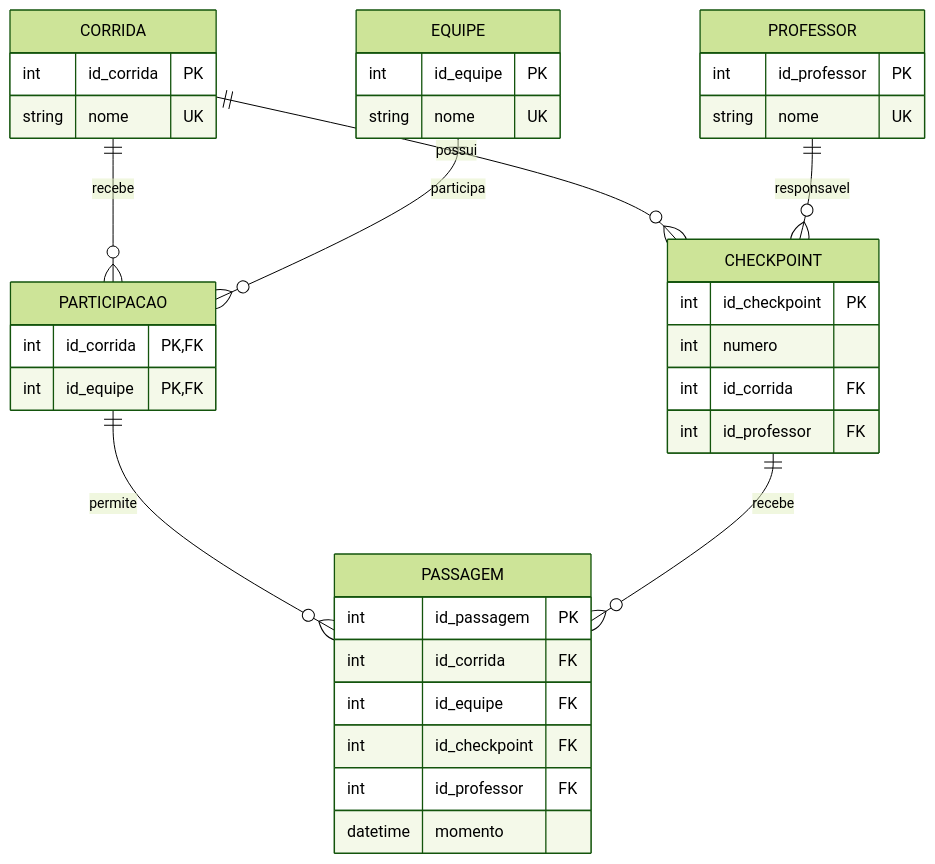
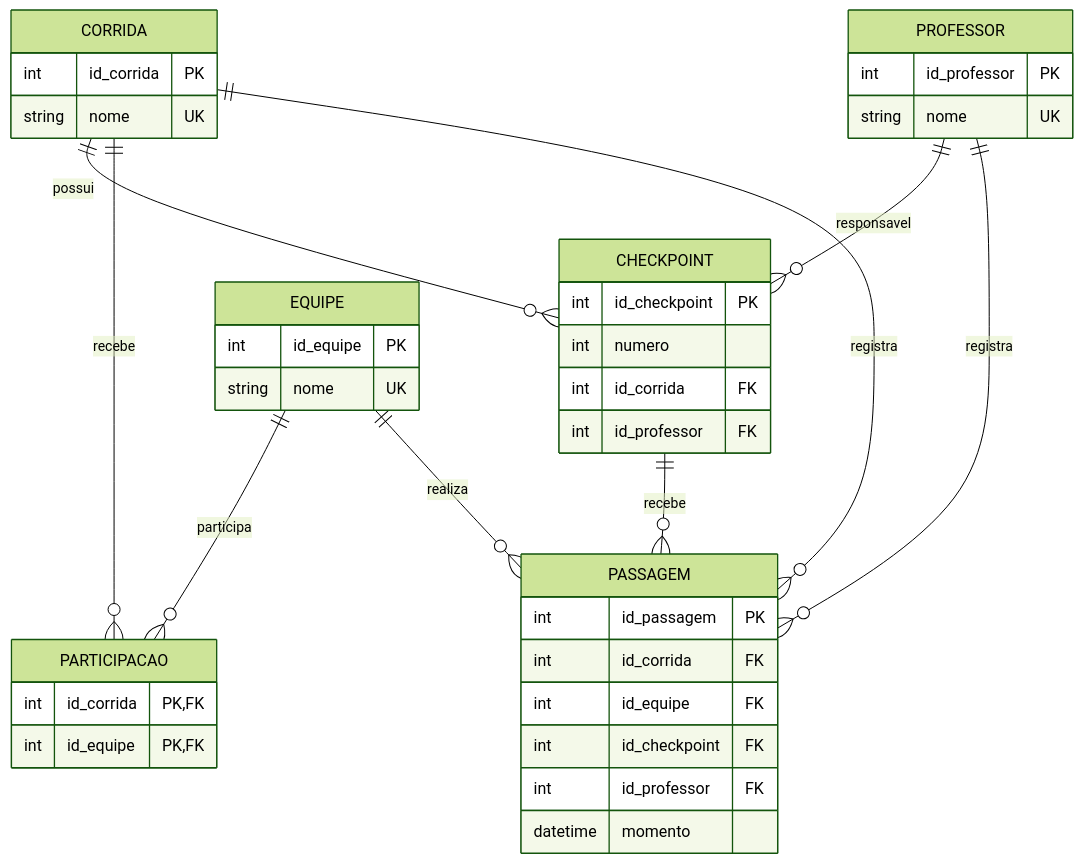
Before and after one commit to pdrjul1o/CheckpointsTrekking: the diagram in README.md, drawn with Mermaid (forest theme). The commit also changed other lines of this file, not shown here.

````diff
--- a/README.md
+++ b/README.md
@@ -83,46 +97,48 @@
 ```mermaid
 erDiagram
 
     CORRIDA ||--o{ CHECKPOINT : possui
     PROFESSOR ||--o{ CHECKPOINT : responsavel
     CORRIDA ||--o{ PARTICIPACAO : recebe
     EQUIPE ||--o{ PARTICIPACAO : participa
-    PARTICIPACAO ||--o{ PASSAGEM : permite
+    CORRIDA ||--o{ PASSAGEM : registra
+    EQUIPE ||--o{ PASSAGEM : realiza
     CHECKPOINT ||--o{ PASSAGEM : recebe
+    PROFESSOR ||--o{ PASSAGEM : registra
 
     CORRIDA {
         int id_corrida PK
         string nome UK
     }
 
     EQUIPE {
         int id_equipe PK
         string nome UK
     }
 
     PROFESSOR {
         int id_professor PK
         string nome UK
     }
 
     CHECKPOINT {
         int id_checkpoint PK
         int numero
         int id_corrida FK
         int id_professor FK
     }
 
     PARTICIPACAO {
         int id_corrida PK, FK
         int id_equipe PK, FK
     }
 
     PASSAGEM {
         int id_passagem PK
         int id_corrida FK
         int id_equipe FK
         int id_checkpoint FK
         int id_professor FK
         datetime momento
     }
 ```
````
